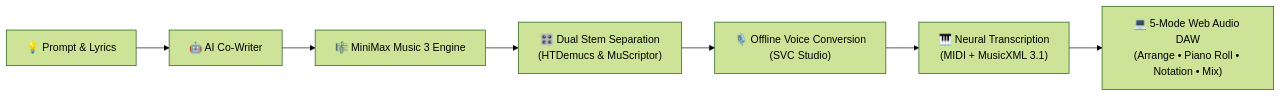
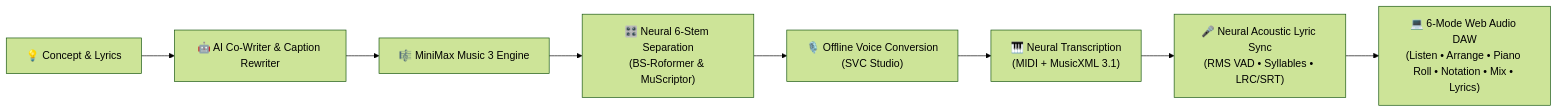
Before and after one commit to mainza-ai/milimomusic: the diagram in README.md, drawn with Mermaid (forest theme). The commit also changed other lines of this file and 32 other files, not shown here.

````diff
--- a/README.md
+++ b/README.md
@@ -33,9 +33,10 @@
 ```mermaid
 graph LR
-    A["💡 Prompt & Lyrics"] --> B["🤖 AI Co-Writer"]
+    A["💡 Concept & Lyrics"] --> B["🤖 AI Co-Writer & Caption Rewriter"]
     B --> C["🎼 MiniMax Music 3 Engine"]
-    C --> D["🎛️ Dual Stem Separation<br/>(HTDemucs & MuScriptor)"]
+    C --> D["🎛️ Neural 6-Stem Separation<br/>(BS-Roformer & MuScriptor)"]
     D --> E["🎙️ Offline Voice Conversion<br/>(SVC Studio)"]
     E --> F["🎹 Neural Transcription<br/>(MIDI + MusicXML 3.1)"]
-    F --> G["💻 5-Mode Web Audio DAW<br/>(Arrange • Piano Roll • Notation • Mix)"]
+    F --> G["🎤 Neural Acoustic Lyric Sync<br/>(RMS VAD • Syllables • LRC/SRT)"]
+    G --> H["💻 6-Mode Web Audio DAW<br/>(Listen • Arrange • Piano Roll • Notation • Mix • Lyrics)"]
 ```
````
